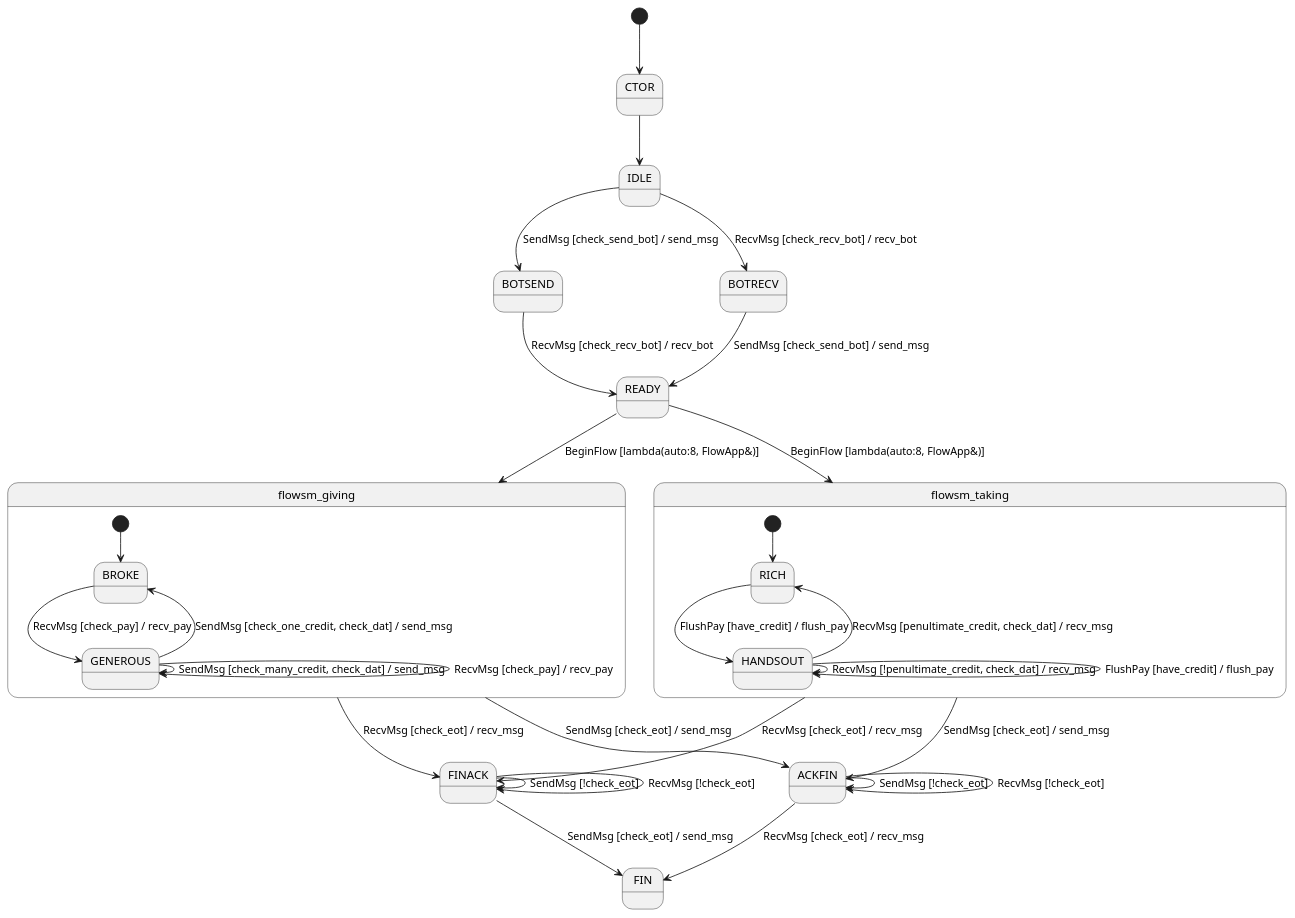
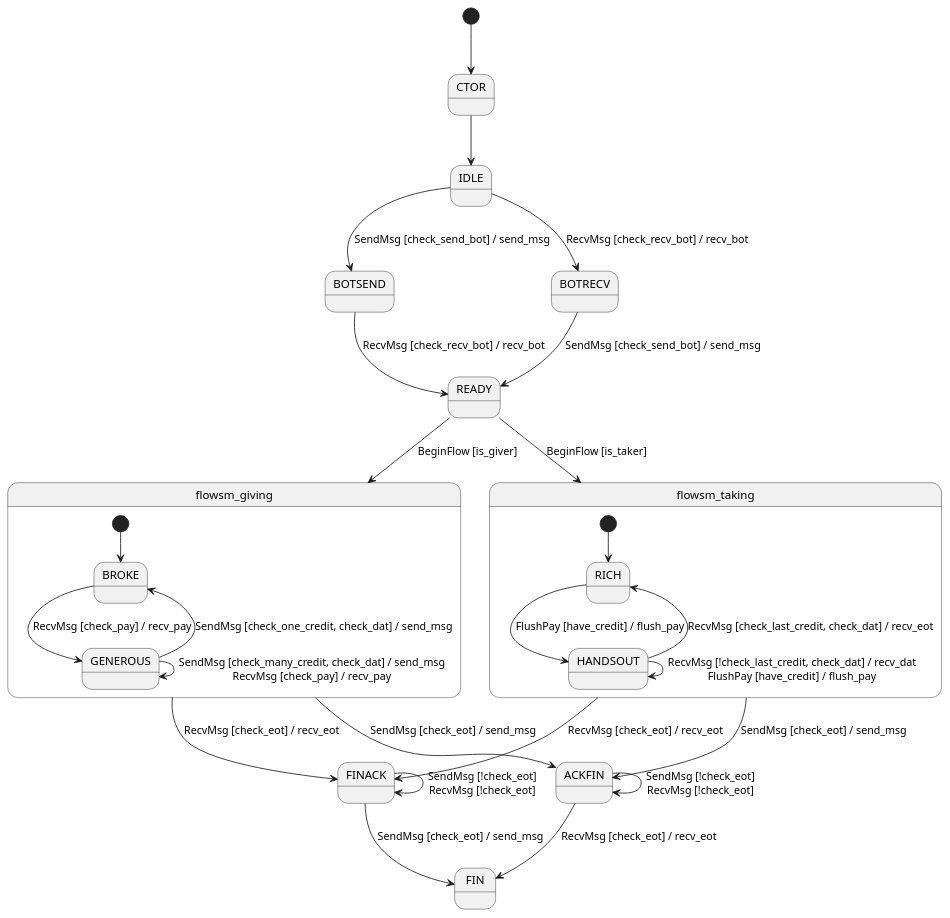
One commit to brettviren/zio changed the diagram in docs/flowsm.plantuml. Above: the diagram before and after it, drawn with PlantUML. The commit also changed 8 other files, not shown here.

```diff
--- a/docs/flowsm.plantuml
+++ b/docs/flowsm.plantuml
@@ -1,44 +1,40 @@
 @startuml
 
 [*] --> CTOR
 CTOR --> IDLE
 IDLE --> BOTSEND : SendMsg [check_send_bot] / send_msg
 IDLE --> BOTRECV : RecvMsg [check_recv_bot] / recv_bot
 BOTSEND --> READY : RecvMsg [check_recv_bot] / recv_bot
 BOTRECV --> READY : SendMsg [check_send_bot] / send_msg
 
-FINACK --> FINACK : SendMsg [!check_eot]
-FINACK --> FINACK : RecvMsg [!check_eot]
+FINACK --> FINACK : SendMsg [!check_eot]\nRecvMsg [!check_eot]
 FINACK --> FIN : SendMsg [check_eot] / send_msg
 
-ACKFIN --> ACKFIN : SendMsg [!check_eot]
-ACKFIN --> ACKFIN : RecvMsg [!check_eot]
-ACKFIN --> FIN : RecvMsg [check_eot] / recv_msg
+ACKFIN --> ACKFIN : SendMsg [!check_eot]\nRecvMsg [!check_eot]
+ACKFIN --> FIN : RecvMsg [check_eot] / recv_eot
 
 
-READY --> flowsm_giving : BeginFlow [lambda(auto:8, FlowApp&)]
-READY --> flowsm_taking : BeginFlow [lambda(auto:8, FlowApp&)]
+READY --> flowsm_giving : BeginFlow [is_giver]
+READY --> flowsm_taking : BeginFlow [is_taker]
 
 
 state flowsm_giving {
 [*] --> BROKE
 BROKE --> GENEROUS : RecvMsg [check_pay] / recv_pay
 GENEROUS --> BROKE : SendMsg [check_one_credit, check_dat] / send_msg
-GENEROUS --> GENEROUS : SendMsg [check_many_credit, check_dat] / send_msg
-GENEROUS --> GENEROUS : RecvMsg [check_pay] / recv_pay
+GENEROUS --> GENEROUS : SendMsg [check_many_credit, check_dat] / send_msg\nRecvMsg [check_pay] / recv_pay
 }
 
 state flowsm_taking {
 [*] --> RICH
 RICH --> HANDSOUT : FlushPay [have_credit] / flush_pay
-HANDSOUT --> RICH : RecvMsg [penultimate_credit, check_dat] / recv_msg
-HANDSOUT --> HANDSOUT : RecvMsg [!penultimate_credit, check_dat] / recv_msg
-HANDSOUT --> HANDSOUT : FlushPay [have_credit] / flush_pay
+HANDSOUT --> RICH : RecvMsg [check_last_credit, check_dat] / recv_eot
+HANDSOUT --> HANDSOUT : RecvMsg [!check_last_credit, check_dat] / recv_dat\nFlushPay [have_credit] / flush_pay
 }
 
 flowsm_giving --> ACKFIN : SendMsg [check_eot] / send_msg
-flowsm_giving --> FINACK : RecvMsg [check_eot] / recv_msg
+flowsm_giving --> FINACK : RecvMsg [check_eot] / recv_eot
 flowsm_taking --> ACKFIN : SendMsg [check_eot] / send_msg
-flowsm_taking --> FINACK : RecvMsg [check_eot] / recv_msg
+flowsm_taking --> FINACK : RecvMsg [check_eot] / recv_eot
 
 @enduml
```
